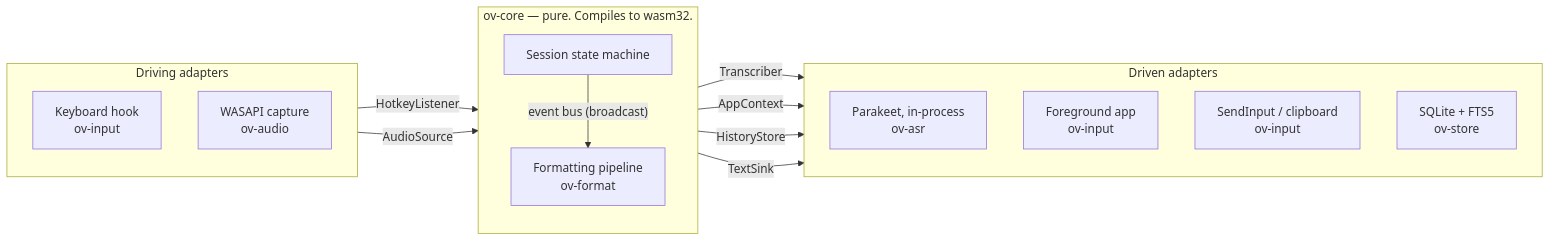
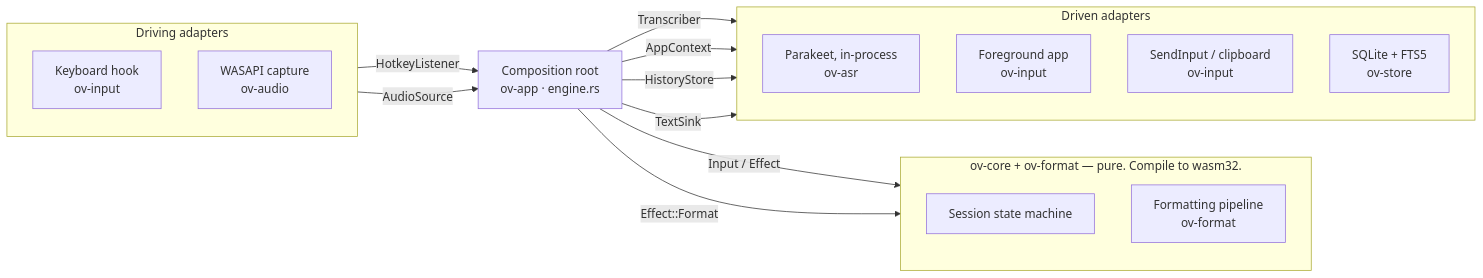
The first of 2 diagrams in docs/ARCHITECTURE.md (adityashelke04/OpenVoice), drawn with Mermaid before and after one commit. The commit also changed other lines of this file and 3 other files, not shown here.

````diff
--- a/docs/ARCHITECTURE.md
+++ b/docs/ARCHITECTURE.md
@@ -87,30 +97,33 @@
 ```mermaid
 flowchart LR
     subgraph driving["Driving adapters"]
         direction TB
         HK["Keyboard hook<br/>ov-input"]
         MIC["WASAPI capture<br/>ov-audio"]
     end
 
-    subgraph core["ov-core — pure. Compiles to wasm32."]
+    ROOT["Composition root<br/>ov-app · engine.rs"]
+
+    subgraph core["ov-core + ov-format — pure. Compile to wasm32."]
         direction TB
         SM["Session state machine"]
         FMT["Formatting pipeline<br/>ov-format"]
-        SM -- "event bus (broadcast)" --> FMT
     end
 
     subgraph driven["Driven adapters"]
         direction TB
         ASR["Parakeet, in-process<br/>ov-asr"]
         APP["Foreground app<br/>ov-input"]
         SINK["SendInput / clipboard<br/>ov-input"]
         DB["SQLite + FTS5<br/>ov-store"]
     end
 
-    HK   -- "HotkeyListener" --> SM
-    MIC  -- "AudioSource"    --> SM
-    SM   -- "Transcriber"    --> ASR
-    SM   -- "AppContext"     --> APP
-    SM   -- "HistoryStore"   --> DB
-    FMT  -- "TextSink"       --> SINK
+    HK   -- "HotkeyListener" --> ROOT
+    MIC  -- "AudioSource"    --> ROOT
+    ROOT -- "Input / Effect" --> SM
+    ROOT -- "Effect::Format" --> FMT
+    ROOT -- "Transcriber"    --> ASR
+    ROOT -- "AppContext"     --> APP
+    ROOT -- "HistoryStore"   --> DB
+    ROOT -- "TextSink"       --> SINK
 ```
````
